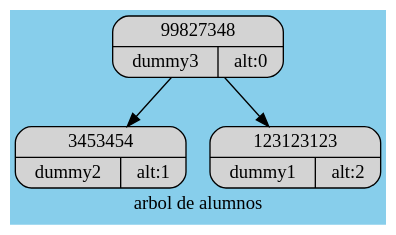
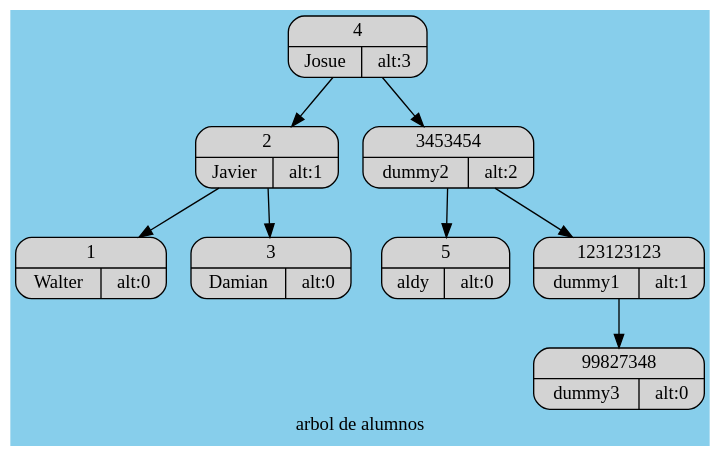
Before and after one commit to walterjav19/EDD_Proyecto1_Fase2: the diagram in ejemplo.dot, drawn with Graphviz. The commit also changed 10 other files, not shown here.

```diff
--- a/ejemplo.dot
+++ b/ejemplo.dot
@@ -1,2 +1,2 @@
 digraph ArbolAvl{
- Nodoidf7c1b9102d4d4  [shape=Mrecord label = "{{99827348}|{dummy3 |alt:0}} " style=filled]  Nodoidc1deef103fab6  [shape=Mrecord label = "{{3453454}|{dummy2 |alt:1}} " style=filled]  Nodoidf7c1b9102d4d4 -> Nodoidc1deef103fab6 Nodoid257185944150d  [shape=Mrecord label = "{{123123123}|{dummy1 |alt:2}} " style=filled]  Nodoidf7c1b9102d4d4 -> Nodoid257185944150d label="arbol de alumnos" bgcolor="skyblue"}
+ Nodoidb662b72eb5f36  [shape=Mrecord label = "{{4}|{Josue |alt:3}} " style=filled]  Nodoid786466c72e18d  [shape=Mrecord label = "{{2}|{Javier |alt:1}} " style=filled]  Nodoidad71b2c6ee086  [shape=Mrecord label = "{{1}|{Walter |alt:0}} " style=filled]  Nodoid786466c72e18d -> Nodoidad71b2c6ee086 Nodoidca96a682ca7b  [shape=Mrecord label = "{{3}|{Damian |alt:0}} " style=filled]  Nodoid786466c72e18d -> Nodoidca96a682ca7b Nodoidb662b72eb5f36 -> Nodoid786466c72e18d Nodoid43adfbd9b7893  [shape=Mrecord label = "{{3453454}|{dummy2 |alt:2}} " style=filled]  Nodoid45a0f6e3fcef9  [shape=Mrecord label = "{{5}|{aldy |alt:0}} " style=filled]  Nodoid43adfbd9b7893 -> Nodoid45a0f6e3fcef9 Nodoid09588fb94b1d  [shape=Mrecord label = "{{123123123}|{dummy1 |alt:1}} " style=filled]  Nodoidafe19224a800c  [shape=Mrecord label = "{{99827348}|{dummy3 |alt:0}} " style=filled]  Nodoid09588fb94b1d -> Nodoidafe19224a800c Nodoid43adfbd9b7893 -> Nodoid09588fb94b1d Nodoidb662b72eb5f36 -> Nodoid43adfbd9b7893 label="arbol de alumnos" bgcolor="skyblue"}
```
